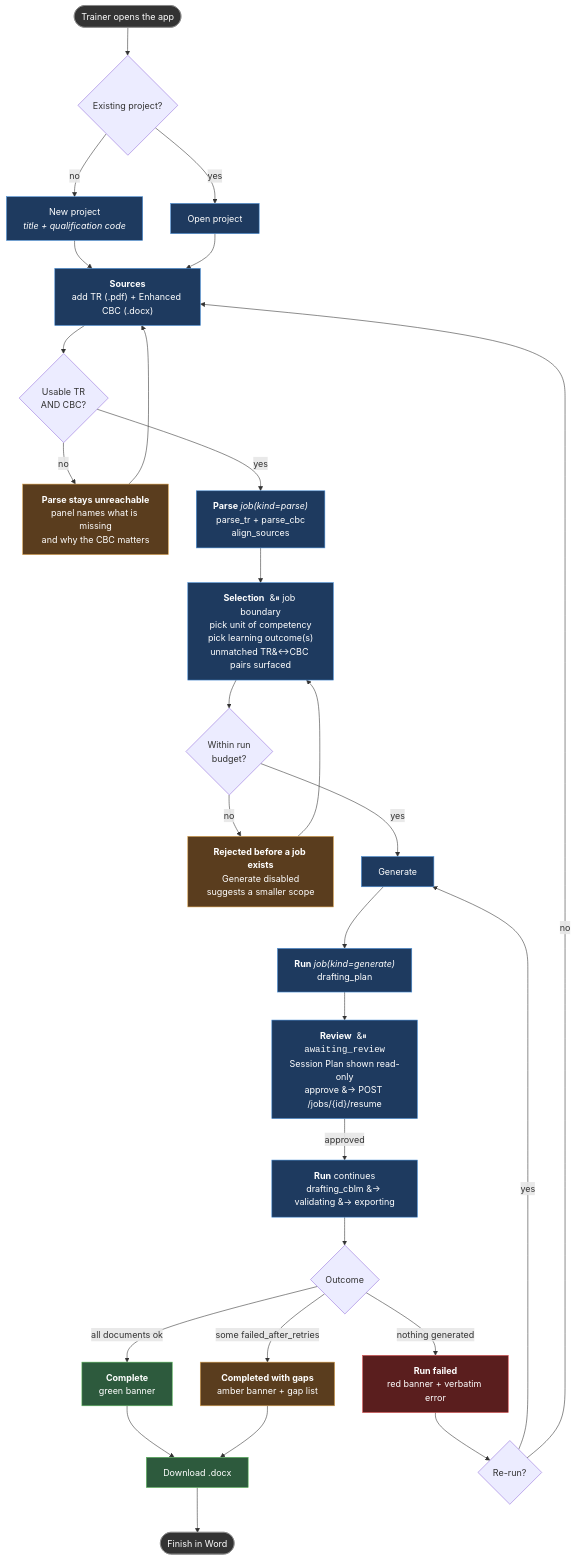
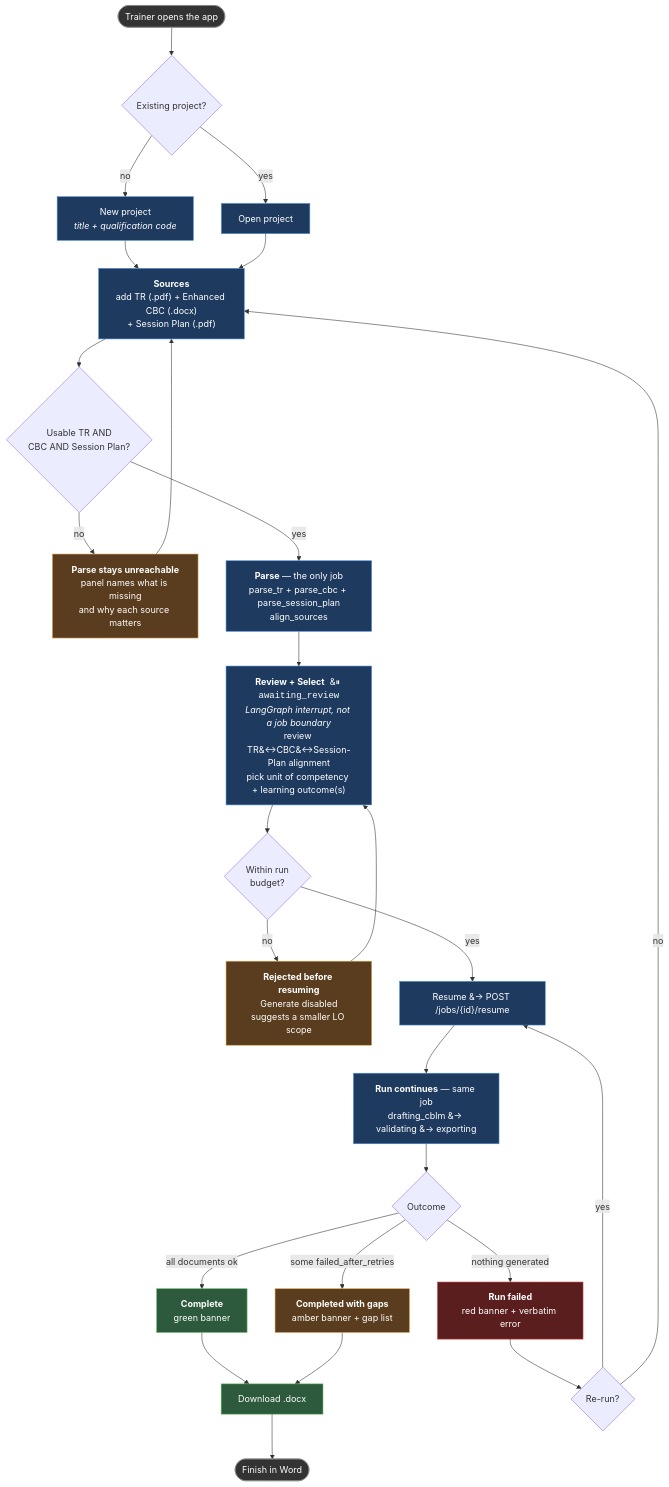
The first of 4 diagrams in docs/specs/USER_FLOWS.md (shuakyle21/tesda-cbc-agent), drawn with Mermaid before and after one commit. The commit also changed other lines of this file and 5 other files, not shown here.

First line of the commit message:
Cascade the CBLM-only reversal into the remaining spec docs (part 1)

````diff
--- a/docs/specs/USER_FLOWS.md
+++ b/docs/specs/USER_FLOWS.md
@@ -18,49 +18,47 @@
 ```mermaid
 flowchart TD
     START([Trainer opens the app]) --> P{Existing project?}
     P -->|no| NEW["New project<br/><i>title + qualification code</i>"]
     P -->|yes| OPEN["Open project"]
     NEW --> SRC
     OPEN --> SRC
 
-    SRC["<b>Sources</b><br/>add TR (.pdf) + Enhanced CBC (.docx)"]
-    SRC --> CHK{"Usable TR<br/>AND CBC?"}
-    CHK -->|no| BLOCK["<b>Parse stays unreachable</b><br/>panel names what is missing<br/>and why the CBC matters"]
+    SRC["<b>Sources</b><br/>add TR (.pdf) + Enhanced CBC (.docx)<br/>+ Session Plan (.pdf)"]
+    SRC --> CHK{"Usable TR AND<br/>CBC AND Session Plan?"}
+    CHK -->|no| BLOCK["<b>Parse stays unreachable</b><br/>panel names what is missing<br/>and why each source matters"]
     BLOCK --> SRC
-    CHK -->|yes| PARSE["<b>Parse</b> <i>job(kind=parse)</i><br/>parse_tr + parse_cbc<br/>align_sources"]
+    CHK -->|yes| PARSE["<b>Parse</b> &mdash; the only job<br/>parse_tr + parse_cbc + parse_session_plan<br/>align_sources"]
 
-    PARSE --> SEL["<b>Selection</b> &nbsp;&#9208; job boundary<br/>pick unit of competency<br/>pick learning outcome(s)<br/>unmatched TR&#8596;CBC pairs surfaced"]
+    PARSE --> SEL["<b>Review + Select</b> &nbsp;&#9208; <code>awaiting_review</code><br/><i>LangGraph interrupt, not a job boundary</i><br/>review TR&#8596;CBC&#8596;Session-Plan alignment<br/>pick unit of competency + learning outcome(s)"]
     SEL --> COST{"Within run<br/>budget?"}
-    COST -->|no| OVER["<b>Rejected before a job exists</b><br/>Generate disabled<br/>suggests a smaller scope"]
+    COST -->|no| OVER["<b>Rejected before resuming</b><br/>Generate disabled<br/>suggests a smaller LO scope"]
     OVER --> SEL
-    COST -->|yes| GEN["Generate"]
+    COST -->|yes| GEN["Resume &#8594; POST /jobs/{id}/resume"]
 
-    GEN --> RUN1["<b>Run</b> <i>job(kind=generate)</i><br/>drafting_plan"]
-    RUN1 --> REV["<b>Review</b> &nbsp;&#9208; <code>awaiting_review</code><br/>Session Plan shown read-only<br/>approve &#8594; POST /jobs/{id}/resume"]
-    REV -->|approved| RUN2["<b>Run</b> continues<br/>drafting_cblm &#8594; validating &#8594; exporting"]
+    GEN --> RUN2["<b>Run continues</b> &mdash; same job<br/>drafting_cblm &#8594; validating &#8594; exporting"]
     RUN2 --> OUT{"Outcome"}
 
     OUT -->|"all documents ok"| CLEAN["<b>Complete</b><br/>green banner"]
     OUT -->|"some failed_after_retries"| PART["<b>Completed with gaps</b><br/>amber banner + gap list"]
     OUT -->|"nothing generated"| FAIL["<b>Run failed</b><br/>red banner + verbatim error"]
 
     CLEAN --> DL["Download .docx"]
     PART --> DL
     FAIL --> RETRY{"Re-run?"}
 
     DL --> WORD([Finish in Word])
     RETRY -->|yes| GEN
     RETRY -->|no| SRC
 
     classDef ok fill:#2d5a3d,stroke:#5cb85c,color:#fff
     classDef warn fill:#5a3d1e,stroke:#d9a04a,color:#fff
     classDef bad fill:#5a1e1e,stroke:#d94a4a,color:#fff
     classDef step fill:#1e3a5f,stroke:#4a90d9,color:#fff
     classDef term fill:#333,stroke:#888,color:#fff
 
-    class SRC,SEL,PARSE,RUN1,RUN2,REV,GEN,NEW,OPEN step
+    class SRC,SEL,PARSE,RUN2,GEN,NEW,OPEN step
     class CLEAN,DL ok
     class PART,OVER,BLOCK warn
     class FAIL bad
     class START,WORD term
 ```
````
